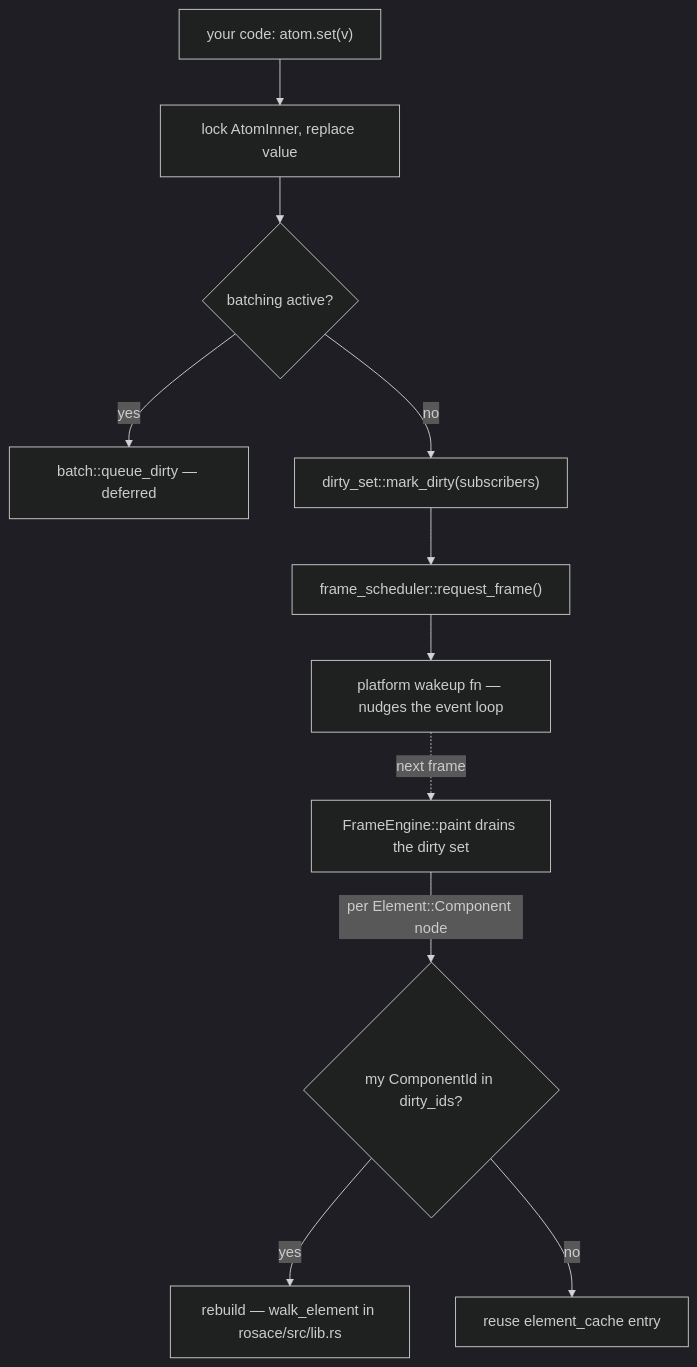
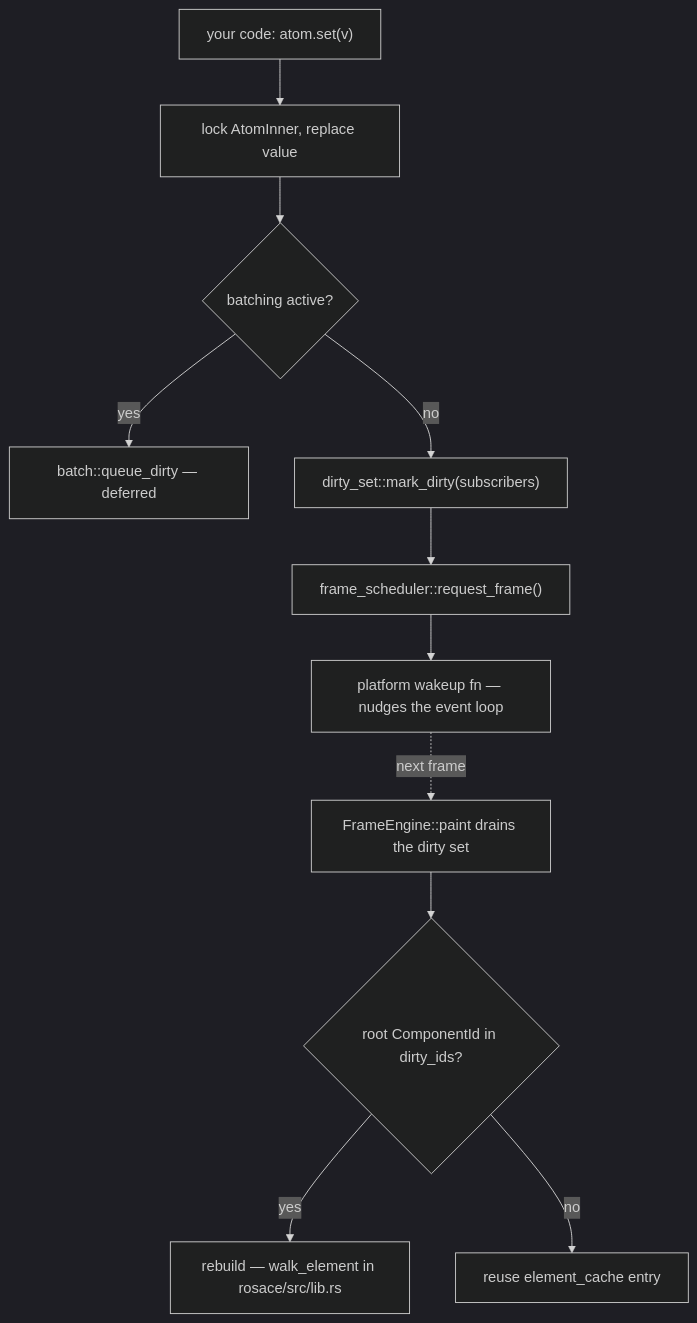
The diagram in docs/architecture/state-and-reactivity.md (rosace-ui/rosace), drawn with Mermaid (dark theme) before and after one commit. The commit also changed other lines of this file and 22 other files, not shown here.

````diff
--- a/docs/architecture/state-and-reactivity.md
+++ b/docs/architecture/state-and-reactivity.md
@@ -13,13 +13,13 @@
 ```mermaid
 graph TD
     W["your code: atom.set(v)"] --> L["lock AtomInner, replace value"]
     L --> B{"batching active?"}
     B -->|yes| Q["batch::queue_dirty — deferred"]
     B -->|no| M["dirty_set::mark_dirty(subscribers)"]
     M --> R["frame_scheduler::request_frame()"]
     R --> WK["platform wakeup fn — nudges the event loop"]
     WK -.->|next frame| F["FrameEngine::paint drains the dirty set"]
-    F -->|per Element::Component node| D{"my ComponentId in dirty_ids?"}
+    F --> D{"root ComponentId in dirty_ids?"}
     D -->|yes| RB["rebuild — walk_element in rosace/src/lib.rs"]
     D -->|no| CACHE["reuse element_cache entry"]
 ```
````
